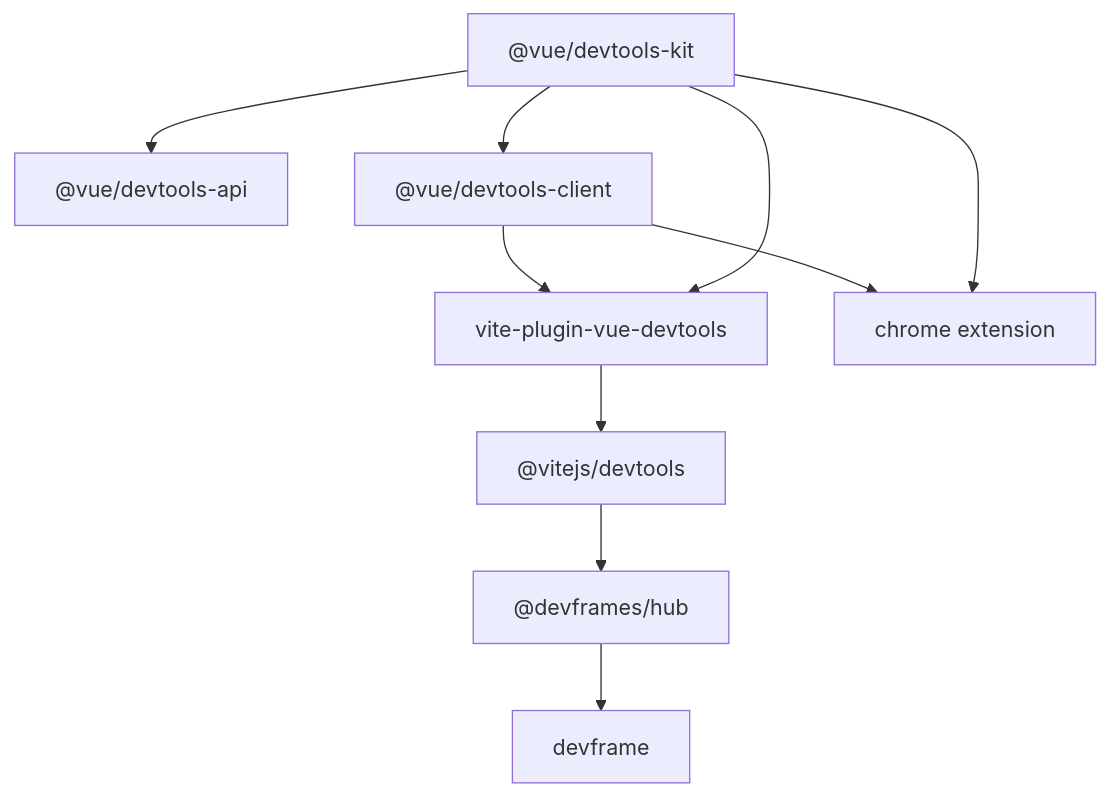
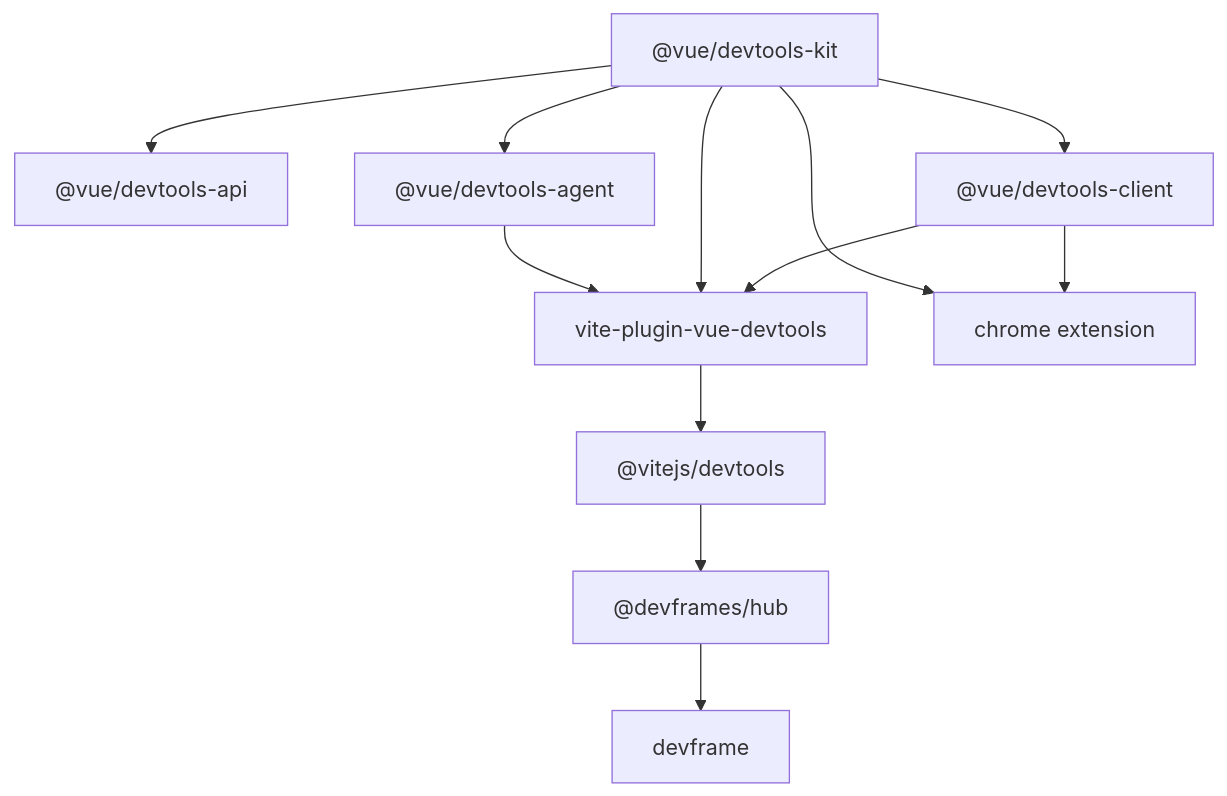
One commit to vuejs/devtools changed the diagram in AGENTS.md. Above: the diagram before and after it, drawn with Mermaid. The commit also changed other lines of this file and 50 other files, not shown here.

````diff
--- a/AGENTS.md
+++ b/AGENTS.md
@@ -34,12 +36,14 @@
 ```mermaid
 flowchart TD
   kit["@vue/devtools-kit"] --> api["@vue/devtools-api"]
   kit --> client["@vue/devtools-client"]
   client --> plugin["vite-plugin-vue-devtools"]
   client --> chrome["chrome extension"]
   kit --> plugin
   kit --> chrome
+  kit --> agent["@vue/devtools-agent"]
+  agent --> plugin
   plugin --> viteHost["@vitejs/devtools"]
   viteHost --> hub["@devframes/hub"]
   hub --> devframe
 ```
````
